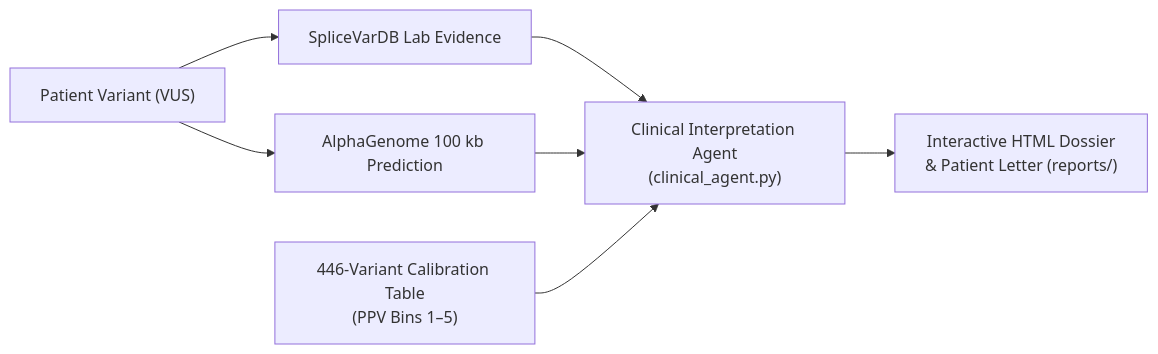
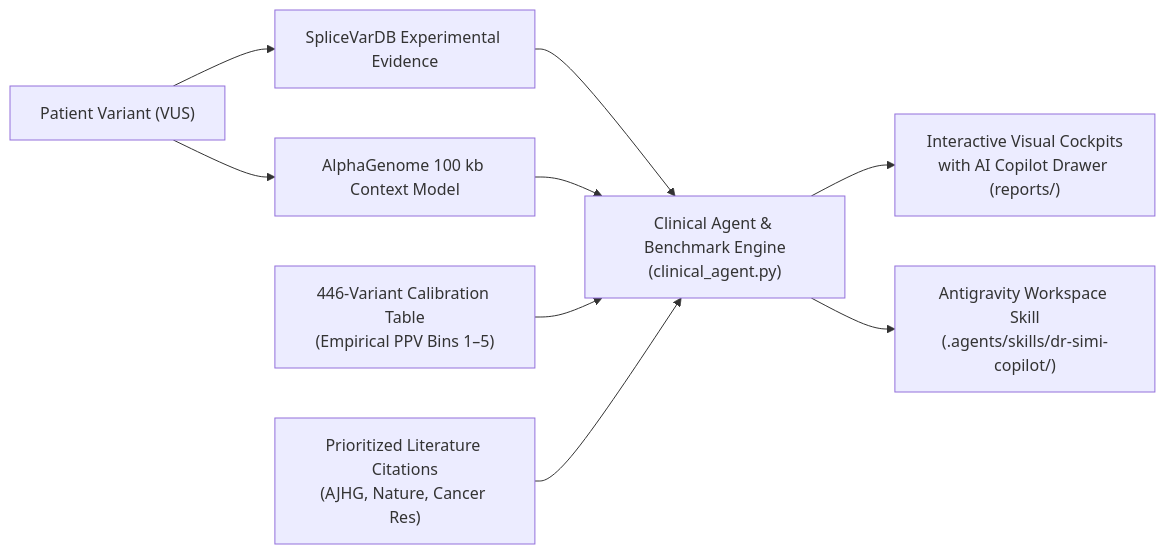
Before and after one commit to Amisor/AlphaGenome_WomenInAI: the diagram in README.md, drawn with Mermaid. The commit also changed other lines of this file and 15 other files, not shown here.

````diff
--- a/README.md
+++ b/README.md
@@ -15,9 +17,11 @@
 ```mermaid
 flowchart LR
-    A["Patient Variant (VUS)"] --> B["SpliceVarDB Lab Evidence"]
-    A --> C["AlphaGenome 100 kb Prediction"]
-    B --> D["Clinical Interpretation Agent<br/>(clinical_agent.py)"]
+    A["Patient Variant (VUS)"] --> B["SpliceVarDB Experimental Evidence"]
+    A --> C["AlphaGenome 100 kb Context Model"]
+    B --> D["Clinical Agent &amp; Benchmark Engine<br/>(clinical_agent.py)"]
     C --> D
-    E["446-Variant Calibration Table<br/>(PPV Bins 1–5)"] --> D
-    D --> F["Interactive HTML Dossier<br/>&amp; Patient Letter (reports/)"]
+    E["446-Variant Calibration Table<br/>(Empirical PPV Bins 1–5)"] --> D
+    F["Prioritized Literature Citations<br/>(AJHG, Nature, Cancer Res)"] --> D
+    D --> G["Interactive Visual Cockpits<br/>with AI Copilot Drawer (reports/)"]
+    D --> H["Antigravity Workspace Skill<br/>(.agents/skills/dr-simi-copilot/)"]
 ```
````
